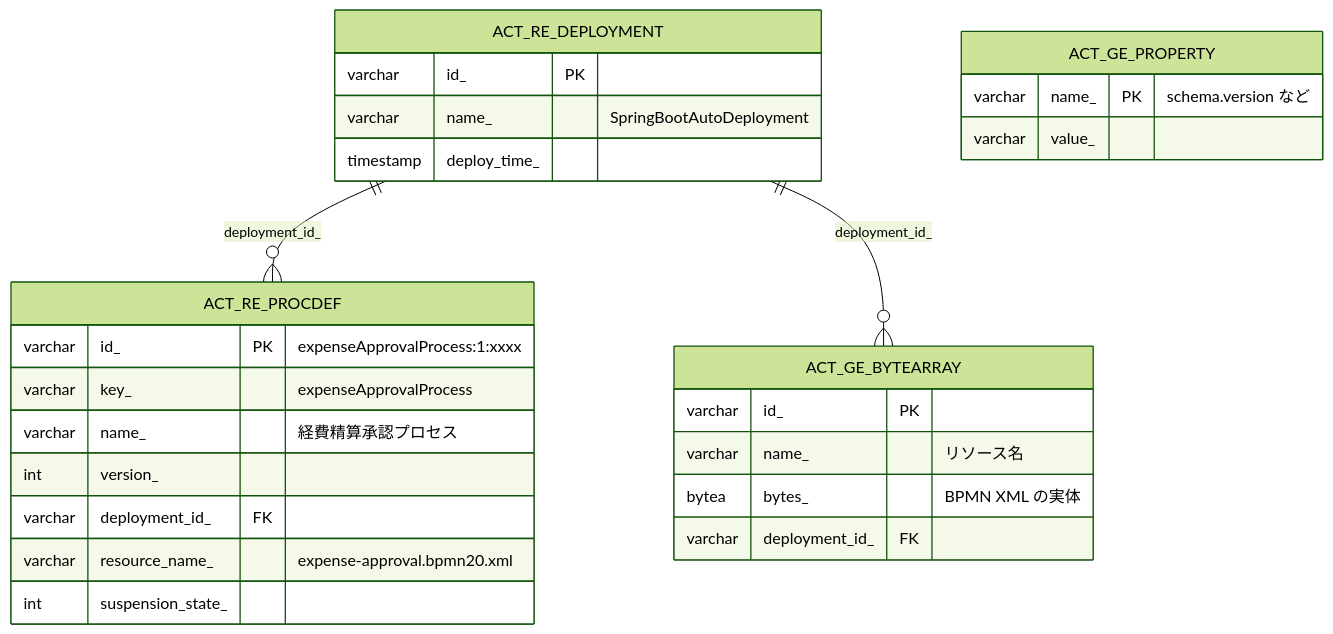
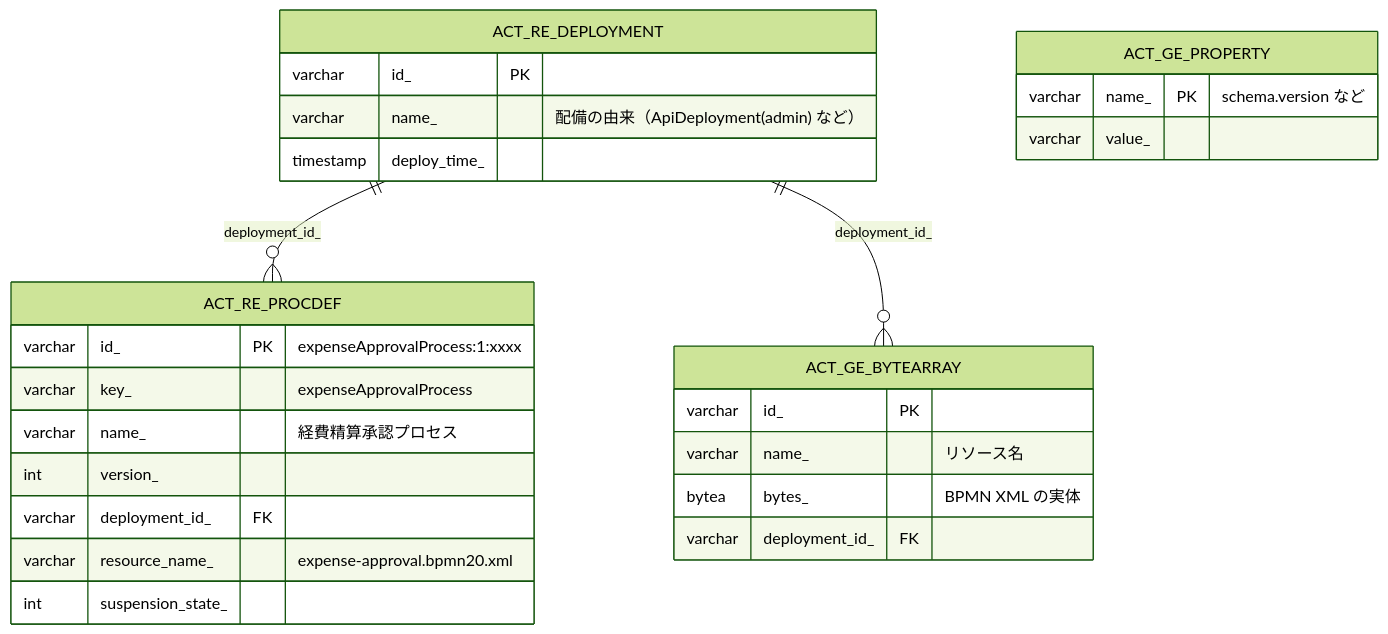
Before and after one commit to gekal-study-spring/spring-boot-flowable-approval-sample: the first of 3 diagrams in docs/er-diagram.md, drawn with Mermaid (forest theme). The commit also changed other lines of this file and 18 other files, not shown here.

````diff
--- a/docs/er-diagram.md
+++ b/docs/er-diagram.md
@@ -20,30 +21,30 @@
 ```mermaid
 erDiagram
     ACT_RE_DEPLOYMENT ||--o{ ACT_RE_PROCDEF : "deployment_id_"
     ACT_RE_DEPLOYMENT ||--o{ ACT_GE_BYTEARRAY : "deployment_id_"
 
     ACT_RE_DEPLOYMENT {
         varchar id_ PK
-        varchar name_ "SpringBootAutoDeployment"
+        varchar name_ "配備の由来（ApiDeployment(admin) など）"
         timestamp deploy_time_
     }
     ACT_RE_PROCDEF {
         varchar id_ PK "expenseApprovalProcess:1:xxxx"
         varchar key_ "expenseApprovalProcess"
         varchar name_ "経費精算承認プロセス"
         int version_
         varchar deployment_id_ FK
         varchar resource_name_ "expense-approval.bpmn20.xml"
         int suspension_state_
     }
     ACT_GE_BYTEARRAY {
         varchar id_ PK
         varchar name_ "リソース名"
         bytea bytes_ "BPMN XML の実体"
         varchar deployment_id_ FK
     }
     ACT_GE_PROPERTY {
         varchar name_ PK "schema.version など"
         varchar value_
     }
 ```
````
